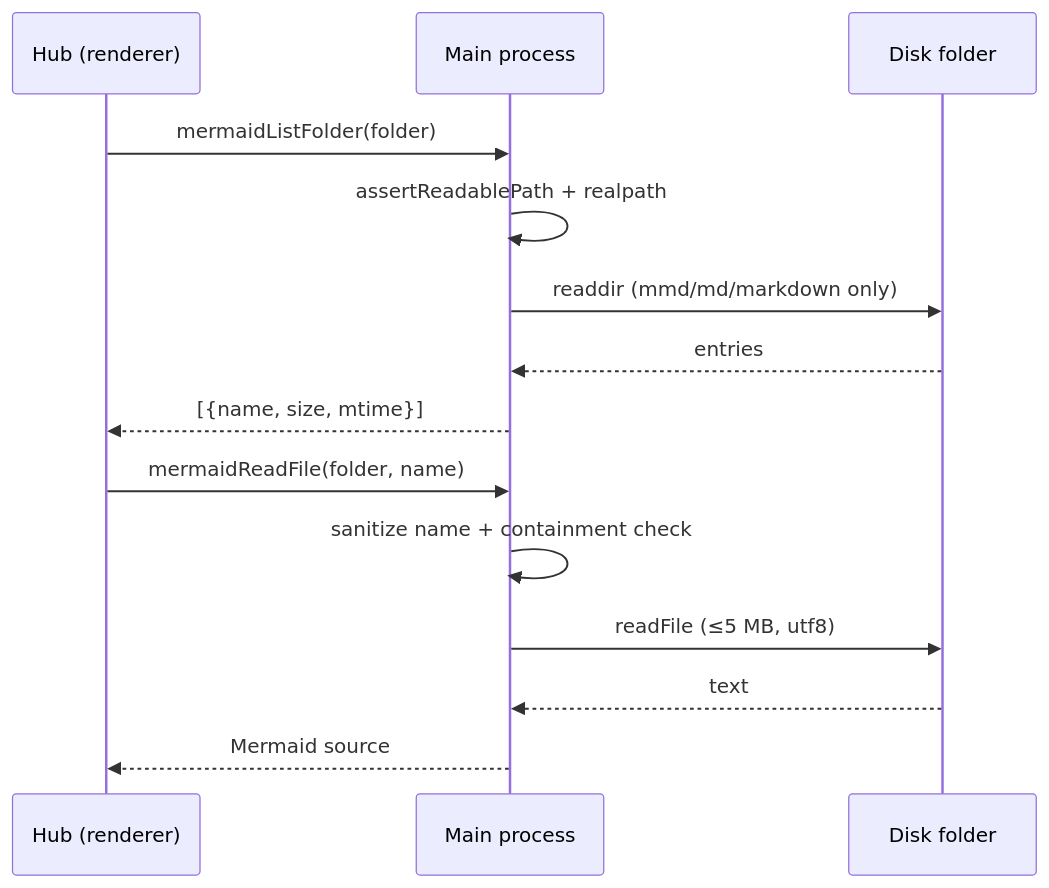
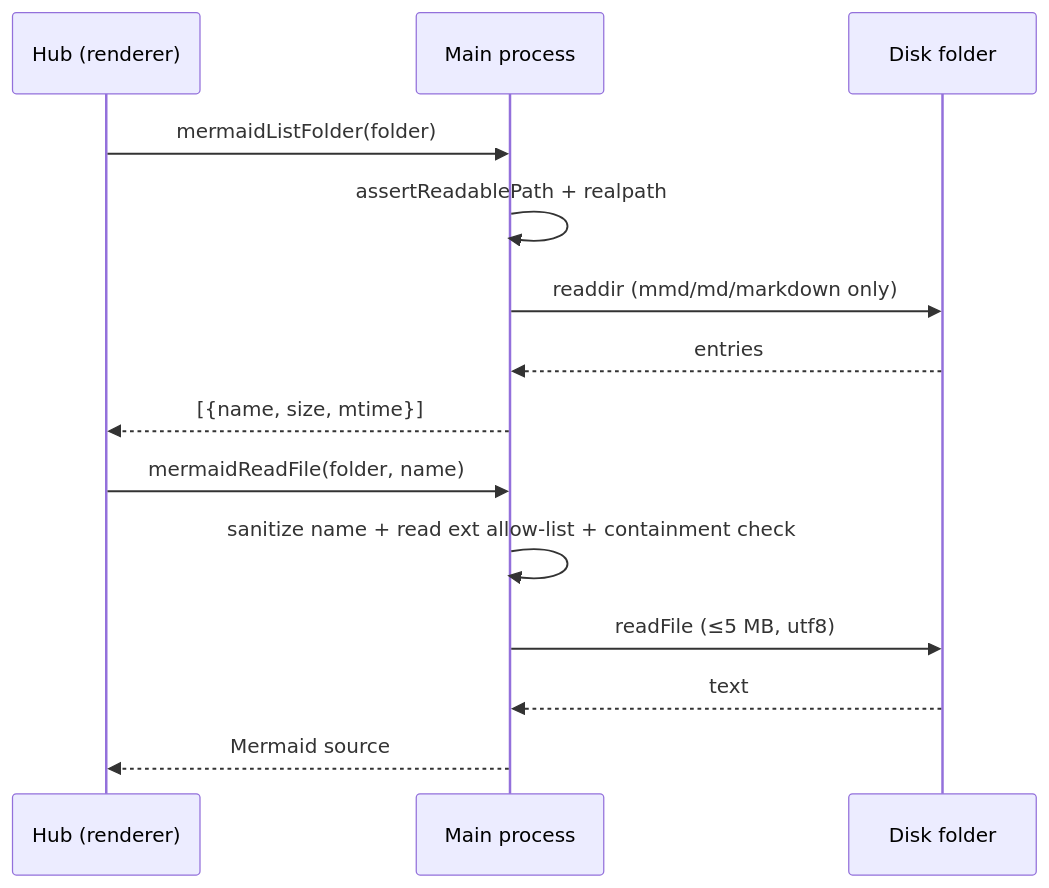
The third of 4 diagrams in docs/ARCHITECTURE.md (Mostakim2005/mermaid-manager), drawn with Mermaid before and after one commit. The commit also changed other lines of this file and 215 other files, not shown here.

````diff
--- a/docs/ARCHITECTURE.md
+++ b/docs/ARCHITECTURE.md
@@ -84,16 +84,16 @@
 ```mermaid
 sequenceDiagram
     participant H as Hub (renderer)
     participant M as Main process
     participant F as Disk folder
     H->>M: mermaidListFolder(folder)
     M->>M: assertReadablePath + realpath
     M->>F: readdir (mmd/md/markdown only)
     F-->>M: entries
     M-->>H: [{name, size, mtime}]
     H->>M: mermaidReadFile(folder, name)
-    M->>M: sanitize name + containment check
+    M->>M: sanitize name + read ext allow-list + containment check
     M->>F: readFile (≤5 MB, utf8)
     F-->>M: text
     M-->>H: Mermaid source
 ```
````
